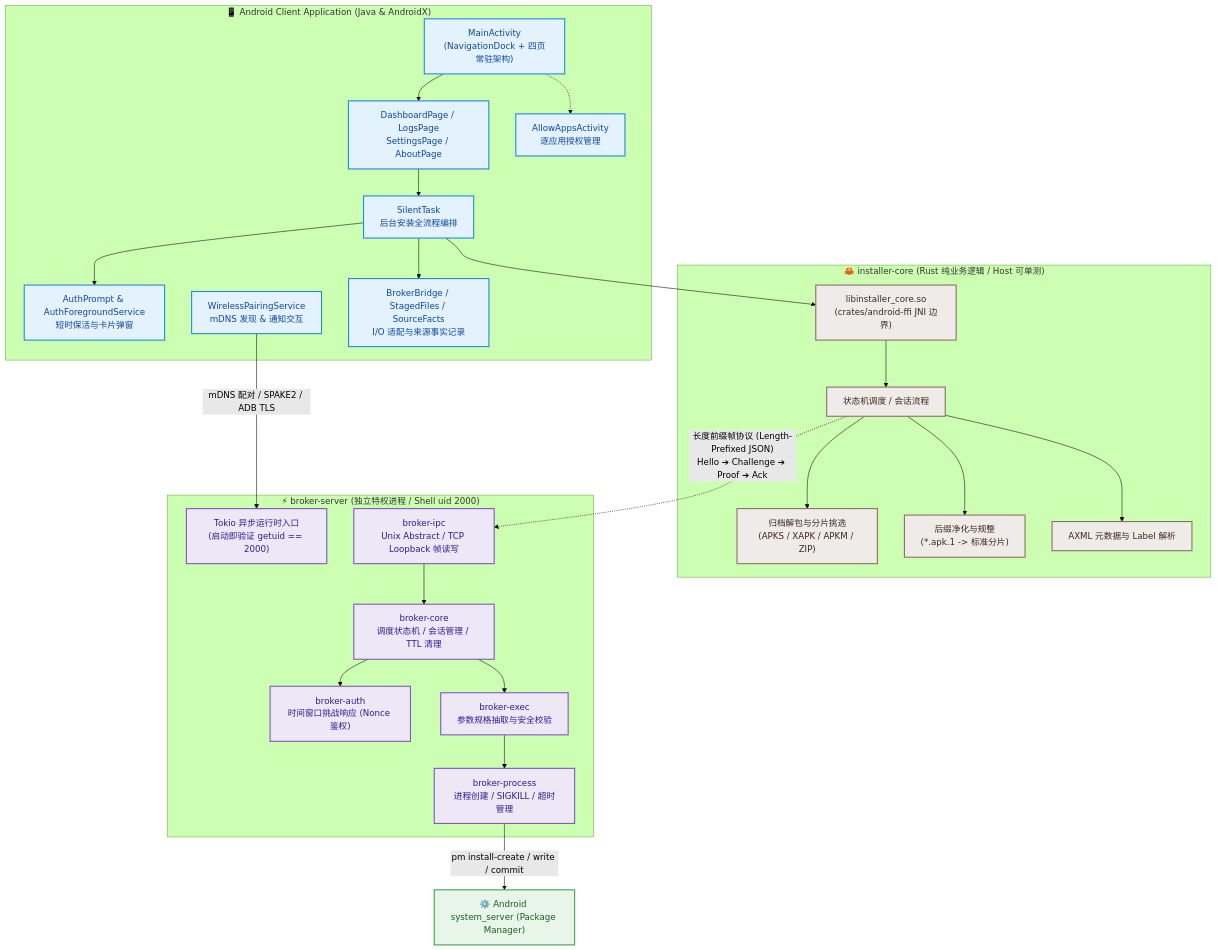
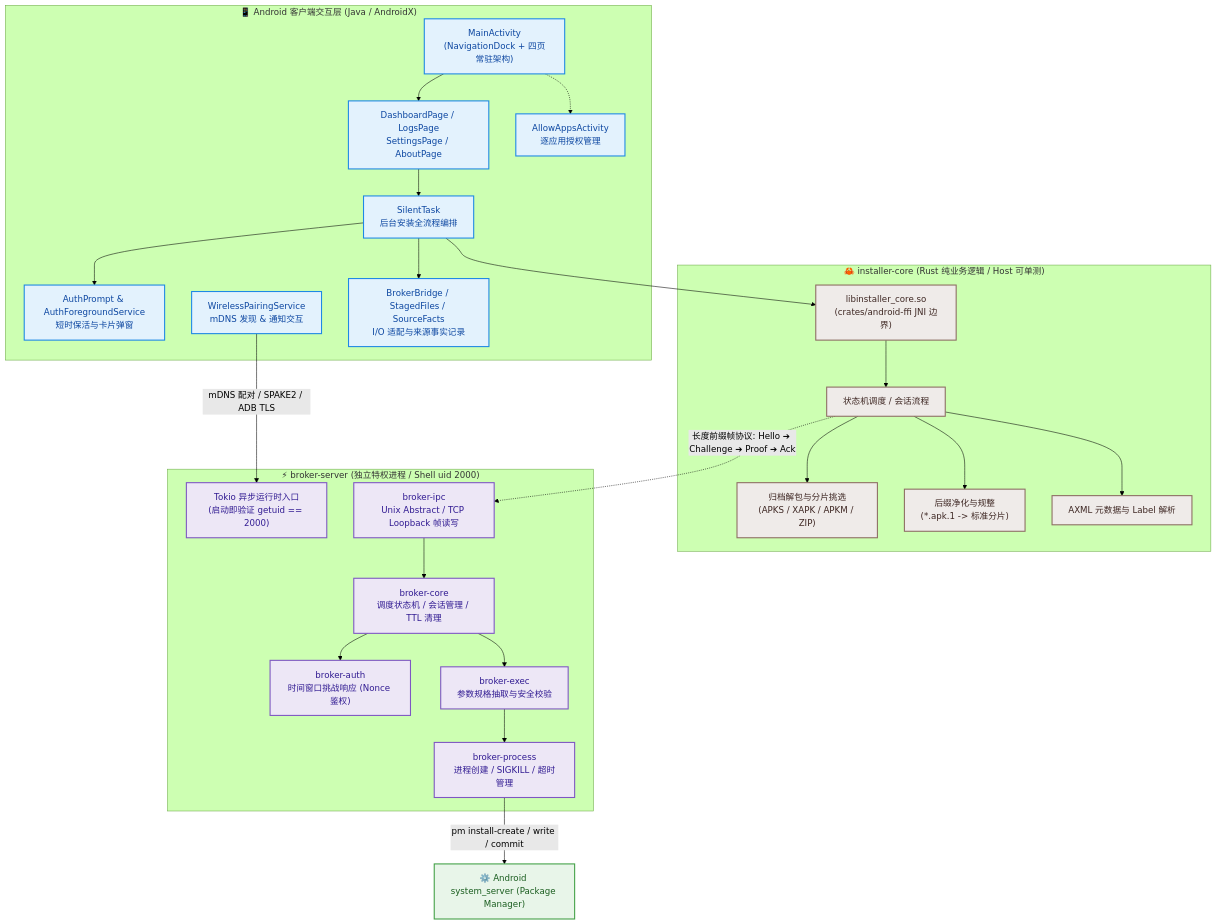
The second of 4 diagrams in README.md (LianXia233/android-privilege-broker), drawn with Mermaid (forest theme) before and after one commit. The commit also changed other lines of this file, not shown here.

````diff
--- a/README.md
+++ b/README.md
@@ -271,56 +244,56 @@
 ```mermaid
 flowchart TD
-    subgraph UI_Layer ["📱 Android Client Application (Java & AndroidX)"]
+    subgraph UI_Layer ["📱 Android 客户端交互层 (Java / AndroidX)"]
         MainActivity["MainActivity<br/>(NavigationDock + 四页常驻架构)"]
         Dashboard["DashboardPage / LogsPage<br/>SettingsPage / AboutPage"]
         AllowApps["AllowAppsActivity<br/>逐应用授权管理"]
         ST["SilentTask<br/>后台安装全流程编排"]
         AuthComp["AuthPrompt & AuthForegroundService<br/>短时保活与卡片弹窗"]
         WPS["WirelessPairingService<br/>mDNS 发现 & 通知交互"]
         Bridge["BrokerBridge / StagedFiles / SourceFacts<br/>I/O 适配与来源事实记录"]
     end
 
     subgraph Core_Layer ["🦀 installer-core (Rust 纯业务逻辑 / Host 可单测)"]
         JNI["libinstaller_core.so<br/>(crates/android-ffi JNI 边界)"]
         StateMachine["状态机调度 / 会话流程"]
         ArchiveEngine["归档解包与分片挑选<br/>(APKS / XAPK / APKM / ZIP)"]
         NameNormalizer["后缀净化与规整<br/>(*.apk.1 -> 标准分片)"]
         MetaParser["AXML 元数据与 Label 解析"]
     end
 
     subgraph Broker_Layer ["⚡ broker-server (独立特权进程 / Shell uid 2000)"]
         TokioServer["Tokio 异步运行时入口<br/>(启动即验证 getuid == 2000)"]
         BrokerCore["broker-core<br/>调度状态机 / 会话管理 / TTL 清理"]
         BrokerAuth["broker-auth<br/>时间窗口挑战响应 (Nonce 鉴权)"]
         BrokerExec["broker-exec<br/>参数规格抽取与安全校验"]
         BrokerProcess["broker-process<br/>进程创建 / SIGKILL / 超时管理"]
         BrokerIPC["broker-ipc<br/>Unix Abstract / TCP Loopback 帧读写"]
     end
 
     MainActivity --> Dashboard
     MainActivity -.-> AllowApps
     WPS -->|"mDNS 配对 / SPAKE2 / ADB TLS"| TokioServer
     Dashboard --> ST
     ST --> AuthComp
     ST --> Bridge
     ST --> JNI
     JNI --> StateMachine
     StateMachine --> ArchiveEngine
     StateMachine --> NameNormalizer
     StateMachine --> MetaParser
-    StateMachine -.->|"长度前缀帧协议 (Length-Prefixed JSON)<br/>Hello ➔ Challenge ➔ Proof ➔ Ack"| BrokerIPC
+    StateMachine -.->|"长度前缀帧协议: Hello ➔ Challenge ➔ Proof ➔ Ack"| BrokerIPC
     BrokerIPC --> BrokerCore
     BrokerCore --> BrokerAuth
     BrokerCore --> BrokerExec
     BrokerExec --> BrokerProcess
     BrokerProcess -->|"pm install-create / write / commit"| SystemPM["⚙️ Android system_server (Package Manager)"]
 
     classDef android fill:#e3f2fd,stroke:#1e88e5,stroke-width:2px,color:#0d47a1;
     classDef rust fill:#efebe9,stroke:#8d6e63,stroke-width:2px,color:#3e2723;
     classDef broker fill:#ede7f6,stroke:#7e57c2,stroke-width:2px,color:#311b92;
     classDef os fill:#e8f5e9,stroke:#43a047,stroke-width:2px,color:#1b5e20;
     class MainActivity,Dashboard,AllowApps,ST,AuthComp,WPS,Bridge android;
     class JNI,StateMachine,ArchiveEngine,NameNormalizer,MetaParser rust;
     class TokioServer,BrokerCore,BrokerAuth,BrokerExec,BrokerProcess,BrokerIPC broker;
     class SystemPM os;
 ```
````
